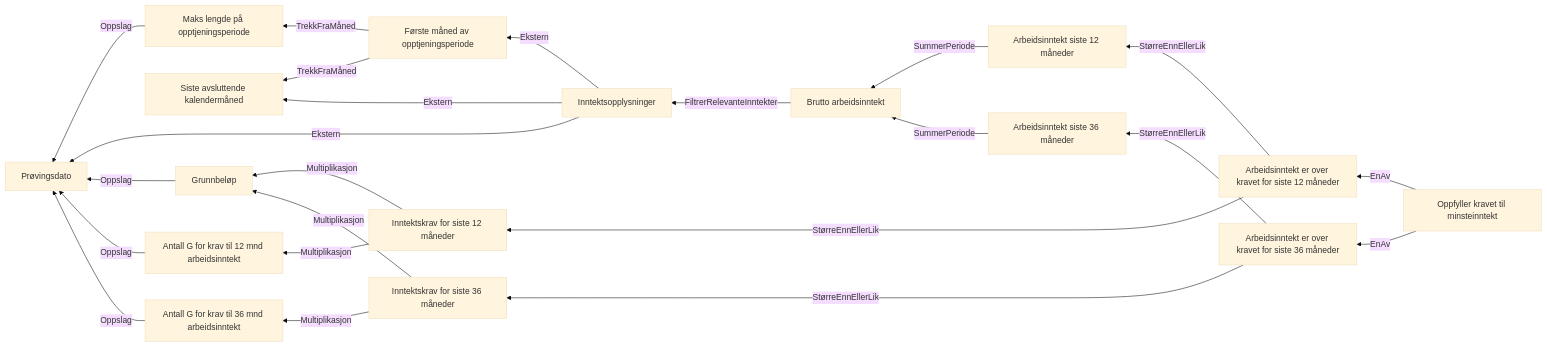
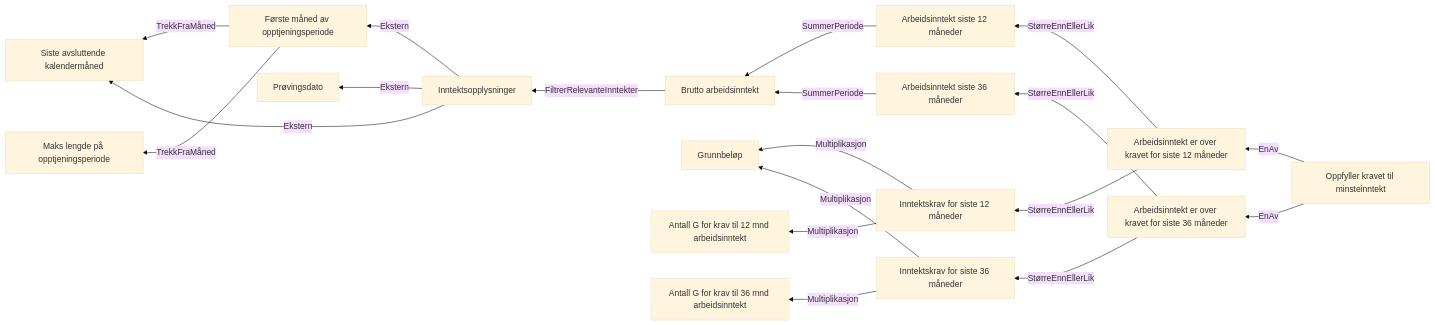
Before and after one commit to navikt/dp-behandling: the diagram in docs/regler/§ 4-4. Krav til minsteinntekt.approved.md, drawn with Mermaid (base theme). The commit also changed 39 other files, not shown here.

````diff
--- a/docs/regler/§ 4-4. Krav til minsteinntekt.approved.md
+++ b/docs/regler/§ 4-4. Krav til minsteinntekt.approved.md
@@ -5,25 +5,21 @@
 ```mermaid
 graph RL
-  A["Maks lengde på opptjeningsperiode"] -->|"Oppslag"| B["Prøvingsdato"]
-  C["Første måned av opptjeningsperiode"] -->|"TrekkFraMåned"| D["Siste avsluttende kalendermåned"]
-  C["Første måned av opptjeningsperiode"] -->|"TrekkFraMåned"| A["Maks lengde på opptjeningsperiode"]
-  E["Inntektsopplysninger"] -->|"Ekstern"| B["Prøvingsdato"]
-  E["Inntektsopplysninger"] -->|"Ekstern"| D["Siste avsluttende kalendermåned"]
-  E["Inntektsopplysninger"] -->|"Ekstern"| C["Første måned av opptjeningsperiode"]
-  F["Brutto arbeidsinntekt"] -->|"FiltrerRelevanteInntekter"| E["Inntektsopplysninger"]
-  G["Grunnbeløp"] -->|"Oppslag"| B["Prøvingsdato"]
-  H["Arbeidsinntekt siste 12 måneder"] -->|"SummerPeriode"| F["Brutto arbeidsinntekt"]
-  I["Antall G for krav til 12 mnd arbeidsinntekt"] -->|"Oppslag"| B["Prøvingsdato"]
-  J["Inntektskrav for siste 12 måneder"] -->|"Multiplikasjon"| G["Grunnbeløp"]
-  J["Inntektskrav for siste 12 måneder"] -->|"Multiplikasjon"| I["Antall G for krav til 12 mnd arbeidsinntekt"]
-  K["Arbeidsinntekt er over kravet for siste 12 måneder"] -->|"StørreEnnEllerLik"| H["Arbeidsinntekt siste 12 måneder"]
-  K["Arbeidsinntekt er over kravet for siste 12 måneder"] -->|"StørreEnnEllerLik"| J["Inntektskrav for siste 12 måneder"]
+  A["Første måned av opptjeningsperiode"] -->|"TrekkFraMåned"| B["Siste avsluttende kalendermåned"]
+  A["Første måned av opptjeningsperiode"] -->|"TrekkFraMåned"| C["Maks lengde på opptjeningsperiode"]
+  D["Inntektsopplysninger"] -->|"Ekstern"| E["Prøvingsdato"]
+  D["Inntektsopplysninger"] -->|"Ekstern"| B["Siste avsluttende kalendermåned"]
+  D["Inntektsopplysninger"] -->|"Ekstern"| A["Første måned av opptjeningsperiode"]
+  F["Brutto arbeidsinntekt"] -->|"FiltrerRelevanteInntekter"| D["Inntektsopplysninger"]
+  G["Arbeidsinntekt siste 12 måneder"] -->|"SummerPeriode"| F["Brutto arbeidsinntekt"]
+  H["Inntektskrav for siste 12 måneder"] -->|"Multiplikasjon"| I["Grunnbeløp"]
+  H["Inntektskrav for siste 12 måneder"] -->|"Multiplikasjon"| J["Antall G for krav til 12 mnd arbeidsinntekt"]
+  K["Arbeidsinntekt er over kravet for siste 12 måneder"] -->|"StørreEnnEllerLik"| G["Arbeidsinntekt siste 12 måneder"]
+  K["Arbeidsinntekt er over kravet for siste 12 måneder"] -->|"StørreEnnEllerLik"| H["Inntektskrav for siste 12 måneder"]
   L["Arbeidsinntekt siste 36 måneder"] -->|"SummerPeriode"| F["Brutto arbeidsinntekt"]
-  M["Antall G for krav til 36 mnd arbeidsinntekt"] -->|"Oppslag"| B["Prøvingsdato"]
-  N["Inntektskrav for siste 36 måneder"] -->|"Multiplikasjon"| G["Grunnbeløp"]
-  N["Inntektskrav for siste 36 måneder"] -->|"Multiplikasjon"| M["Antall G for krav til 36 mnd arbeidsinntekt"]
+  M["Inntektskrav for siste 36 måneder"] -->|"Multiplikasjon"| I["Grunnbeløp"]
+  M["Inntektskrav for siste 36 måneder"] -->|"Multiplikasjon"| N["Antall G for krav til 36 mnd arbeidsinntekt"]
   O["Arbeidsinntekt er over kravet for siste 36 måneder"] -->|"StørreEnnEllerLik"| L["Arbeidsinntekt siste 36 måneder"]
-  O["Arbeidsinntekt er over kravet for siste 36 måneder"] -->|"StørreEnnEllerLik"| N["Inntektskrav for siste 36 måneder"]
+  O["Arbeidsinntekt er over kravet for siste 36 måneder"] -->|"StørreEnnEllerLik"| M["Inntektskrav for siste 36 måneder"]
   P["Oppfyller kravet til minsteinntekt"] -->|"EnAv"| K["Arbeidsinntekt er over kravet for siste 12 måneder"]
   P["Oppfyller kravet til minsteinntekt"] -->|"EnAv"| O["Arbeidsinntekt er over kravet for siste 36 måneder"]
 ```
````
